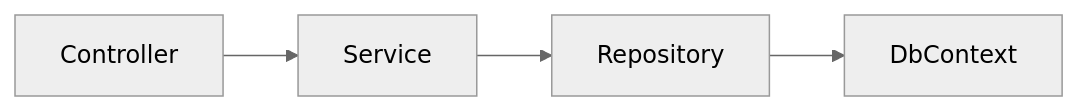
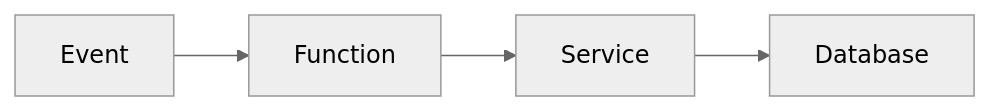
The second of 4 diagrams in Daily Knowledge Sharing/2026-08-18-1056.md (hakodev2k/Daily-OpenAI), drawn with Mermaid (neutral theme) before and after one commit. The commit also changed other lines of this file, not shown here.

````diff
--- a/Daily Knowledge Sharing/2026-08-18-1056.md
+++ b/Daily Knowledge Sharing/2026-08-18-1056.md
@@ -119,6 +161,4 @@
 ```mermaid
 flowchart LR
-Controller --> Service
-Service --> Repository
-Repository --> DbContext
+Event --> Function --> Service --> Database
 ```
````
